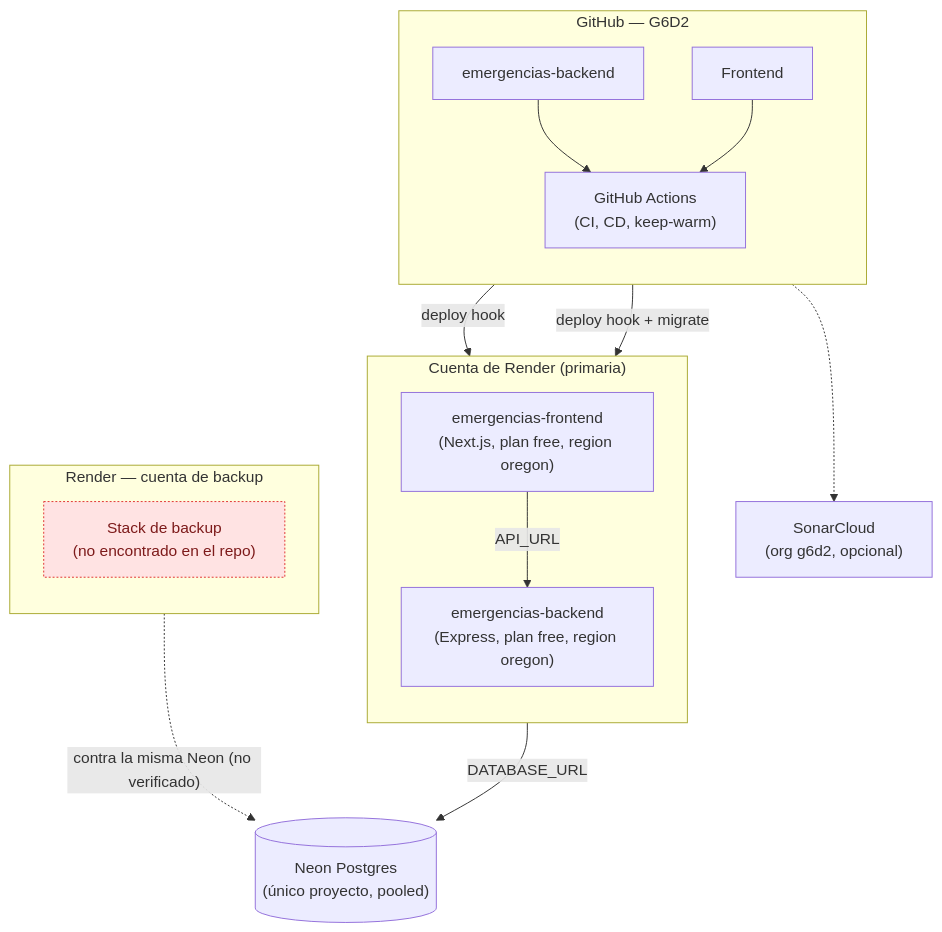
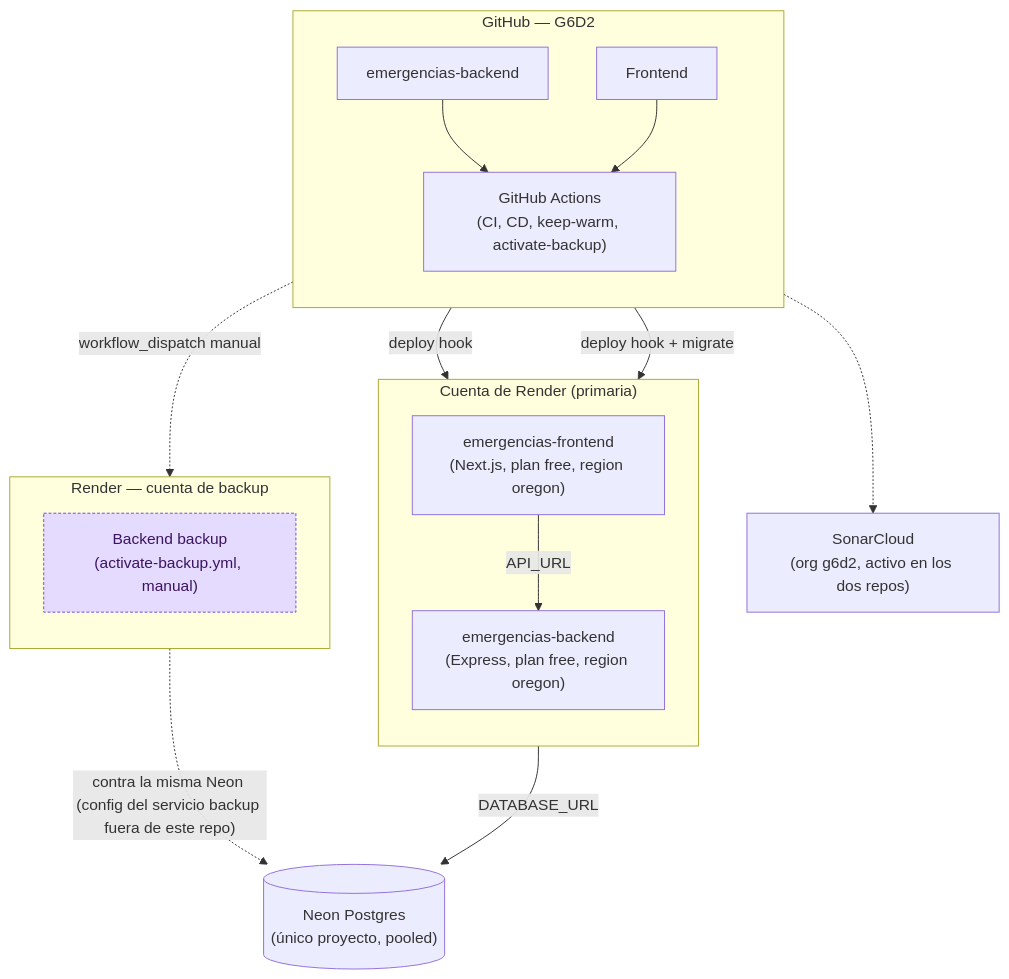
The diagram in docs/diagramas/08-despliegue.md (G6D2/emergencias-backend), drawn with Mermaid before and after one commit. The commit also changed other lines of this file and 9 other files, not shown here.

````diff
--- a/docs/diagramas/08-despliegue.md
+++ b/docs/diagramas/08-despliegue.md
@@ -6,35 +6,36 @@
 ```mermaid
 flowchart TB
     subgraph renderAccount["Cuenta de Render (primaria)"]
         direction TB
         feNode["emergencias-frontend<br/>(Next.js, plan free, region oregon)"]
         beNode["emergencias-backend<br/>(Express, plan free, region oregon)"]
     end
 
     subgraph renderBackup["Render — cuenta de backup"]
         direction TB
-        backupNode["Stack de backup<br/>(no encontrado en el repo)"]:::missing
+        backupNode["Backend backup<br/>(activate-backup.yml, manual)"]:::backup
     end
 
     neonNode[("Neon Postgres<br/>(único proyecto, pooled)")]
 
     subgraph githubOrg["GitHub — G6D2"]
         direction TB
         repoBack["emergencias-backend"]
         repoFront["Frontend"]
-        actionsNode["GitHub Actions<br/>(CI, CD, keep-warm)"]
+        actionsNode["GitHub Actions<br/>(CI, CD, keep-warm, activate-backup)"]
     end
 
-    sonarNode["SonarCloud<br/>(org g6d2, opcional)"]
+    sonarNode["SonarCloud<br/>(org g6d2, activo en los dos repos)"]
 
     feNode -->|"API_URL"| beNode
     beNode -->|"DATABASE_URL"| neonNode
-    backupNode -.->|"contra la misma Neon (no verificado)"| neonNode
+    backupNode -.->|"contra la misma Neon (config del servicio backup fuera de este repo)"| neonNode
     repoBack --> actionsNode
     repoFront --> actionsNode
     actionsNode -->|"deploy hook"| feNode
     actionsNode -->|"deploy hook + migrate"| beNode
+    actionsNode -.->|"workflow_dispatch manual"| backupNode
     actionsNode -.-> sonarNode
 
-    classDef missing fill:#ffe3e3,stroke:#e03131,color:#7d1a1a,stroke-width:1px,stroke-dasharray: 2 2;
+    classDef backup fill:#e5dbff,stroke:#7048e8,color:#3c1361,stroke-width:1px,stroke-dasharray: 3 2;
 ```
````
